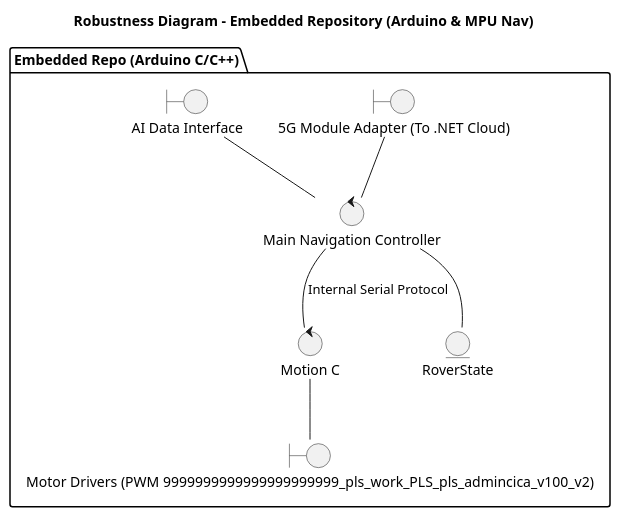
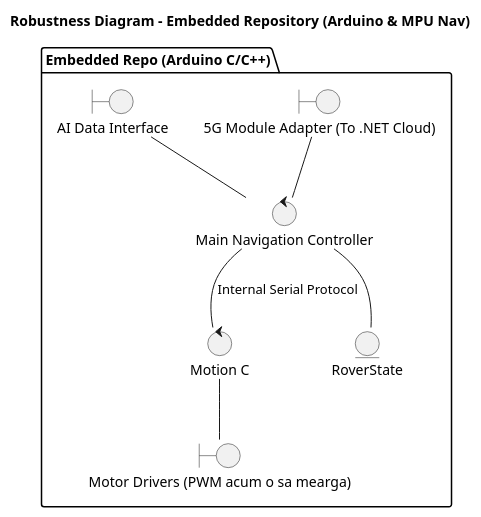
Before and after one commit to NOKIA-5G-SOS-Rover/Integrator: the diagram in docs/architecture/diagrams/structural/embedded_bce.puml, drawn with PlantUML.

Commit message:
Update embedded_bce.puml
it WILL WORK

```diff
--- a/docs/architecture/diagrams/structural/embedded_bce.puml
+++ b/docs/architecture/diagrams/structural/embedded_bce.puml
@@ -1,24 +1,24 @@
 @startuml embedded_bce
 title Robustness Diagram - Embedded Repository (Arduino & MPU Nav)
 
 skinparam backgroundColor white
 skinparam componentStyle uml2
 
 package "Embedded Repo (Arduino C/C++)" {
     boundary "5G Module Adapter (To .NET Cloud)" as 5GBnd
-    boundary "Motor Drivers (PWM 9999999999999999999999_pls_work_PLS_pls_admincica_v100_v2)" as MotorBnd
+    boundary "Motor Drivers (PWM acum o sa mearga)" as MotorBnd
     boundary "AI Data Interface" as AIBnd
     
     control "Main Navigation Controller" as NavCtrl
     control "Motion C" as MotionCtrl
     
     entity "RoverState" as StateEnt
     
     5GBnd -- NavCtrl
     AIBnd -- NavCtrl
     NavCtrl -- StateEnt
     
     NavCtrl -- MotionCtrl : Internal Serial Protocol
     MotionCtrl -- MotorBnd
 }
 @enduml
```
